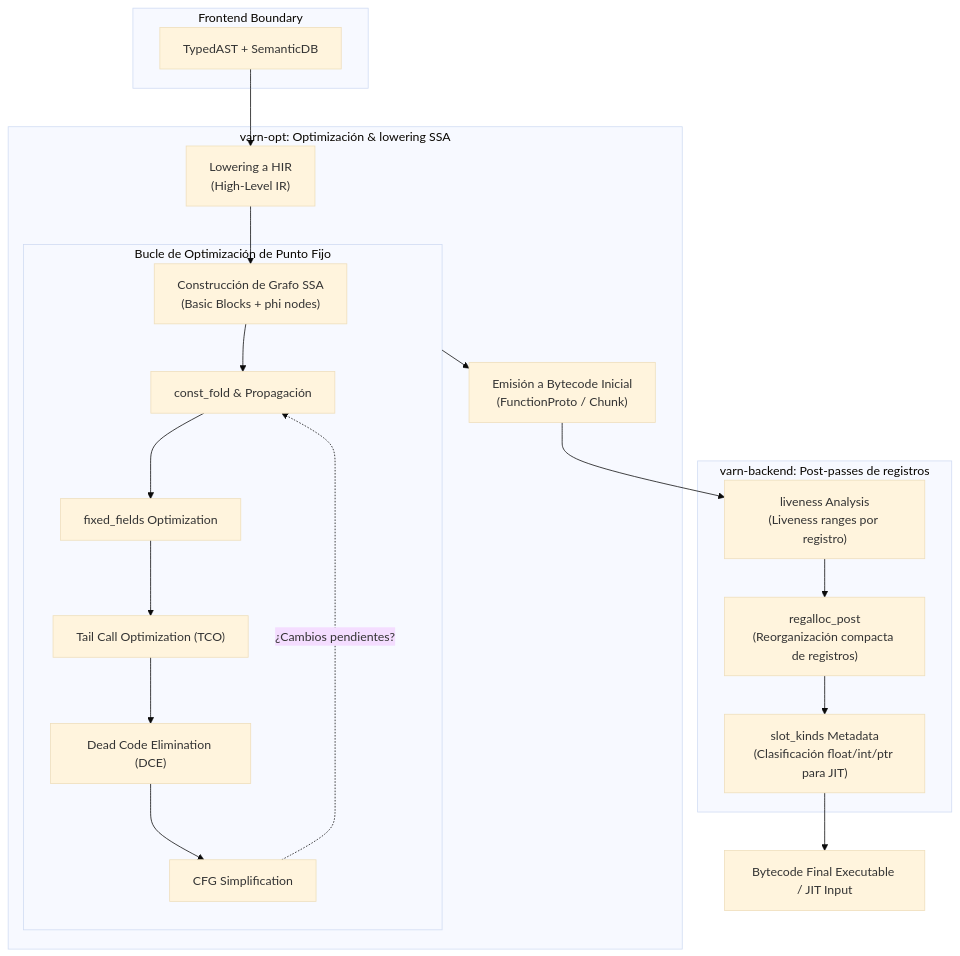
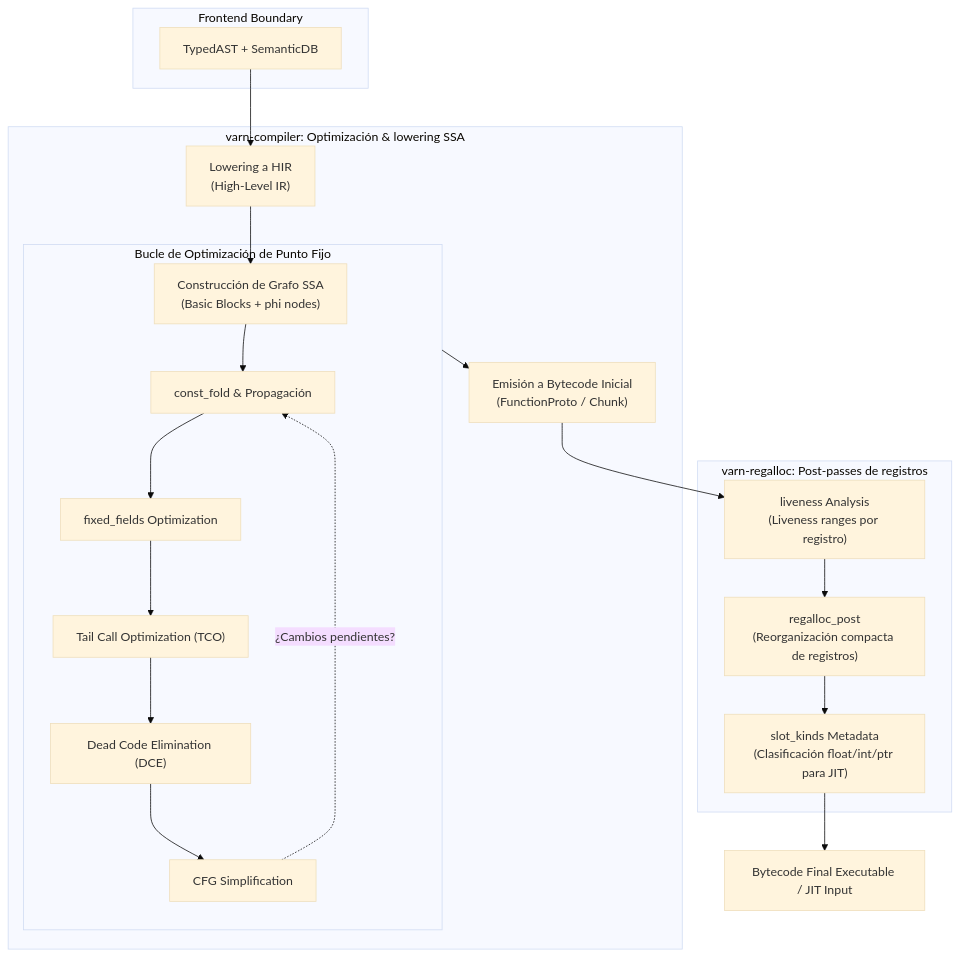
Before and after one commit to carlos-burelo/varn: the diagram in docs/COMPILER_ARCHITECTURE.md, drawn with Mermaid (base theme). The commit also changed other lines of this file and 65 other files, not shown here.

````diff
--- a/docs/COMPILER_ARCHITECTURE.md
+++ b/docs/COMPILER_ARCHITECTURE.md
@@ -30,30 +30,30 @@
 ```mermaid
 flowchart TD
     subgraph Frontend Boundary
         A["TypedAST + SemanticDB"]
     end
 
-    subgraph varn-opt ["varn-opt: Optimización & lowering SSA"]
+    subgraph varn-compiler ["varn-compiler: Optimización & lowering SSA"]
         A --> B["Lowering a HIR\n(High-Level IR)"]
         B --> C["Construcción de Grafo SSA\n(Basic Blocks + phi nodes)"]
         
         subgraph Loop ["Bucle de Optimización de Punto Fijo"]
             C --> D["const_fold & Propagación"]
             D --> E["fixed_fields Optimization"]
             E --> F["Tail Call Optimization (TCO)"]
             F --> G["Dead Code Elimination (DCE)"]
             G --> H["CFG Simplification"]
             H -.->|¿Cambios pendientes?| D
         end
 
         Loop --> I["Emisión a Bytecode Inicial\n(FunctionProto / Chunk)"]
     end
 
-    subgraph varn-backend ["varn-backend: Post-passes de registros"]
+    subgraph varn-regalloc ["varn-regalloc: Post-passes de registros"]
         I --> J["liveness Analysis\n(Liveness ranges por registro)"]
         J --> K["regalloc_post\n(Reorganización compacta de registros)"]
         K --> L["slot_kinds Metadata\n(Clasificación float/int/ptr para JIT)"]
     end
 
     L --> M["Bytecode Final Executable / JIT Input"]
 ```
````
